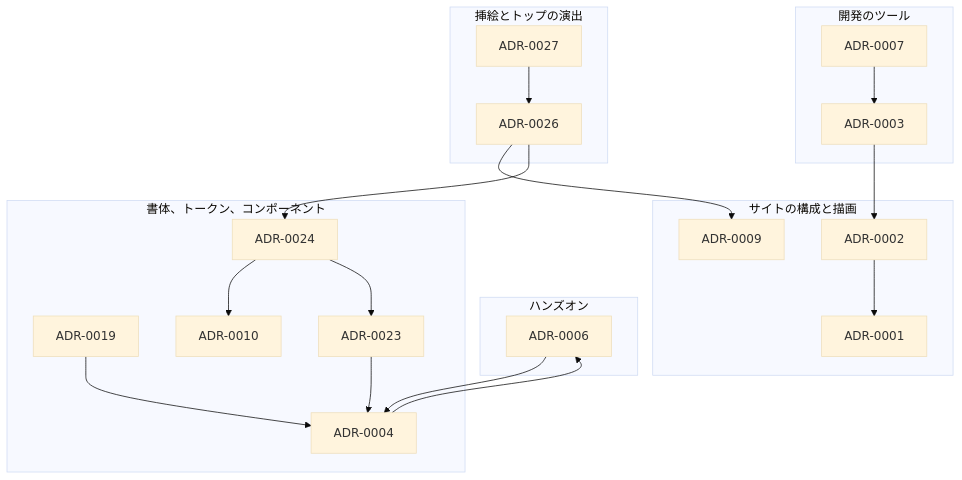
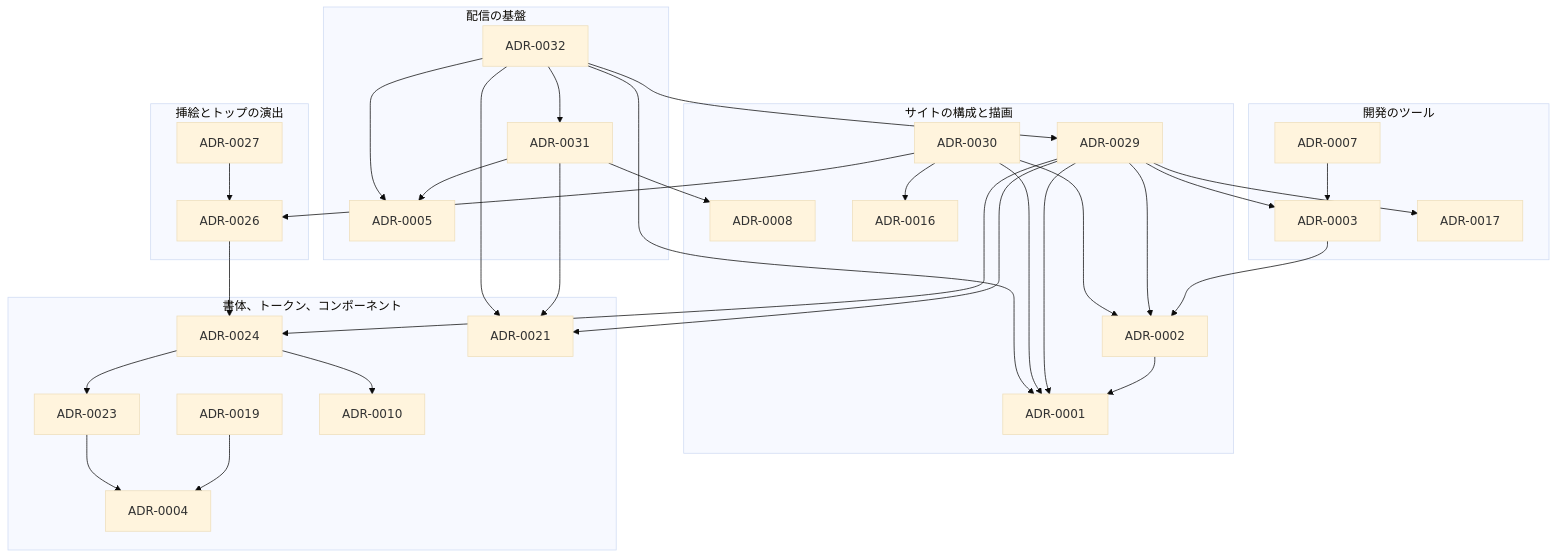
One commit to Fukuemon/fukuemon.dev changed the diagram in adr/index.md. Above: the diagram before and after it, drawn with Mermaid (base theme). The commit also changed other lines of this file and 13 other files, not shown here.

````diff
--- a/adr/index.md
+++ b/adr/index.md
@@ -80,38 +70,60 @@
 ```mermaid
 flowchart TB
   subgraph site["サイトの構成と描画"]
     A0001["ADR-0001"]
     A0002["ADR-0002"]
-    A0009["ADR-0009"]
-  end
-  subgraph lab["ハンズオン"]
-    A0006["ADR-0006"]
+    A0008["ADR-0008"]
+    A0016["ADR-0016"]
+    A0029["ADR-0029"]
+    A0030["ADR-0030"]
   end
   subgraph tools["開発のツール"]
     A0003["ADR-0003"]
     A0007["ADR-0007"]
+    A0017["ADR-0017"]
+  end
+  subgraph infra["配信の基盤"]
+    A0005["ADR-0005"]
+    A0031["ADR-0031"]
+    A0032["ADR-0032"]
   end
   subgraph design["書体、トークン、コンポーネント"]
     A0004["ADR-0004"]
     A0019["ADR-0019"]
     A0023["ADR-0023"]
     A0010["ADR-0010"]
     A0024["ADR-0024"]
+    A0021["ADR-0021"]
   end
   subgraph top["挿絵とトップの演出"]
     A0026["ADR-0026"]
     A0027["ADR-0027"]
   end
   A0002 --> A0001
   A0003 --> A0002
   A0007 --> A0003
-  A0004 --> A0006
-  A0006 --> A0004
   A0019 --> A0004
   A0023 --> A0004
   A0024 --> A0010
   A0024 --> A0023
-  A0026 --> A0009
   A0026 --> A0024
   A0027 --> A0026
+  A0029 --> A0001
+  A0029 --> A0002
+  A0029 --> A0003
+  A0029 --> A0017
+  A0029 --> A0021
+  A0029 --> A0024
+  A0030 --> A0001
+  A0030 --> A0002
+  A0030 --> A0016
+  A0030 --> A0026
+  A0031 --> A0005
+  A0031 --> A0008
+  A0031 --> A0021
+  A0032 --> A0001
+  A0032 --> A0005
+  A0032 --> A0021
+  A0032 --> A0029
+  A0032 --> A0031
 ```
````
